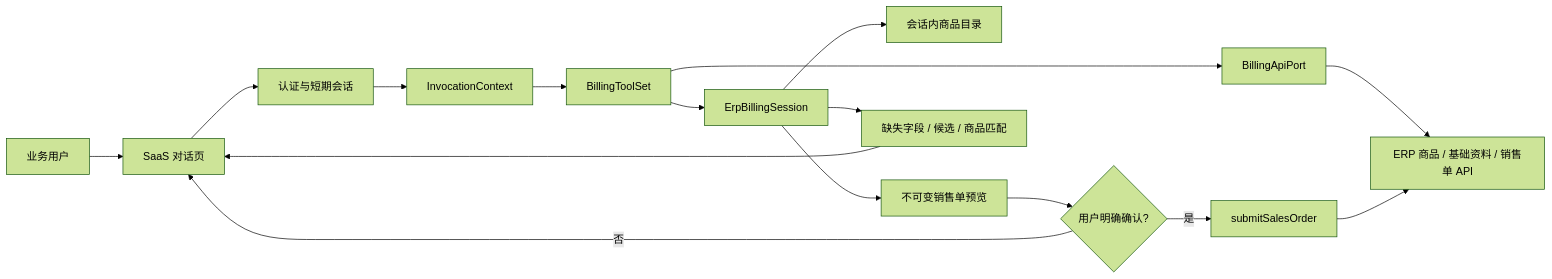
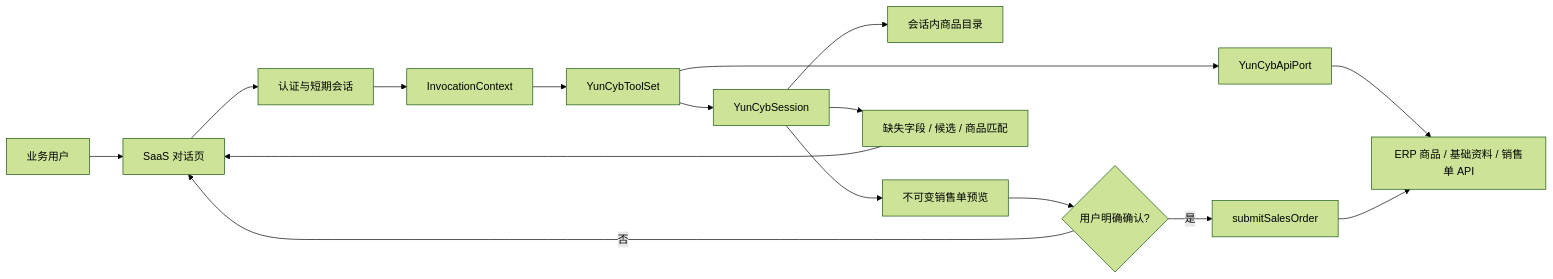
One commit to 757607106/gjp-cyb-mcp changed the diagram in docs/architecture/business-data-flow.md. Above: the diagram before and after it, drawn with Mermaid (forest theme). The commit also changed other lines of this file and 124 other files, not shown here.

````diff
--- a/docs/architecture/business-data-flow.md
+++ b/docs/architecture/business-data-flow.md
@@ -7,18 +7,18 @@
 ```mermaid
 flowchart LR
     User["业务用户"] --> UI["SaaS 对话页"]
     UI --> Auth["认证与短期会话"]
     Auth --> Context["InvocationContext"]
-    Context --> ToolSet["BillingToolSet"]
-    ToolSet --> Session["ErpBillingSession"]
-    ToolSet --> Port["BillingApiPort"]
+    Context --> ToolSet["YunCybToolSet"]
+    ToolSet --> Session["YunCybSession"]
+    ToolSet --> Port["YunCybApiPort"]
     Port --> ERP["ERP 商品 / 基础资料 / 销售单 API"]
     Session --> Catalog["会话内商品目录"]
     Session --> Preview["不可变销售单预览"]
     Preview --> Confirm{"用户明确确认?"}
     Confirm -->|是| Submit["submitSalesOrder"]
     Submit --> ERP
     Confirm -->|否| UI
     Session --> Result["缺失字段 / 候选 / 商品匹配"]
     Result --> UI
 ```
````
